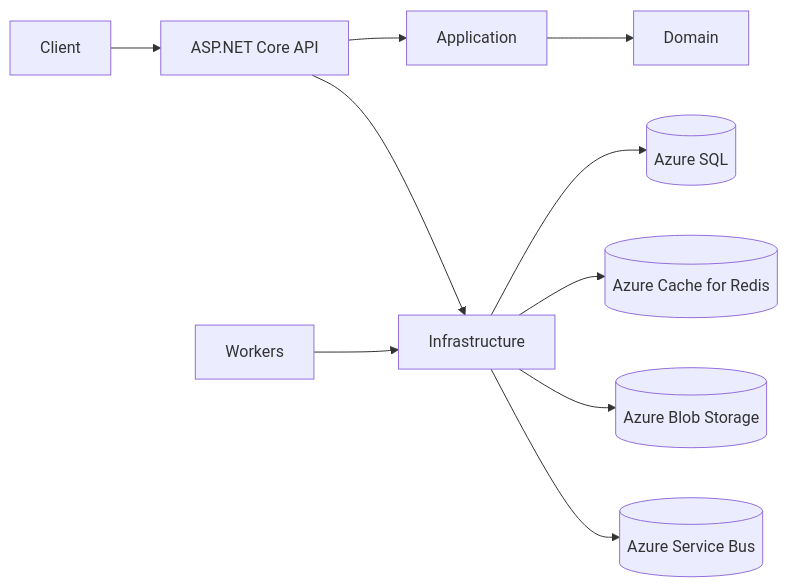
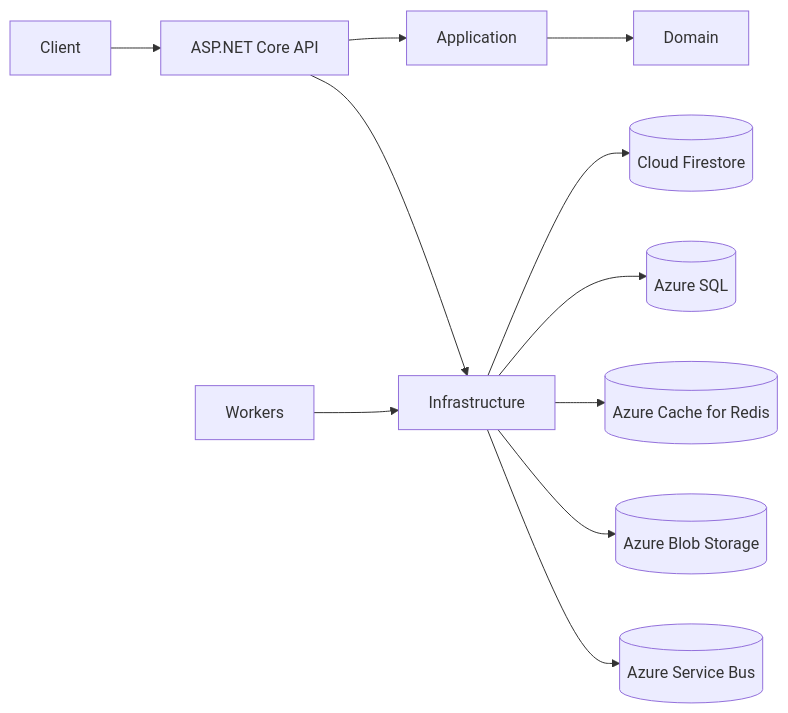
One commit to sowahm808/Block0App-Back-end changed the diagram in README.md. Above: the diagram before and after it, drawn with Mermaid. The commit also changed other lines of this file and 3 other files, not shown here.

````diff
--- a/README.md
+++ b/README.md
@@ -7,12 +7,13 @@
 ```mermaid
 flowchart LR
   Client-->Api[ASP.NET Core API]
   Api-->Application
   Application-->Domain
   Api-->Infrastructure
+  Infrastructure-->Firestore[(Cloud Firestore)]
   Infrastructure-->Sql[(Azure SQL)]
   Infrastructure-->Redis[(Azure Cache for Redis)]
   Infrastructure-->Blob[(Azure Blob Storage)]
   Infrastructure-->Bus[(Azure Service Bus)]
   Workers-->Infrastructure
 ```
````
